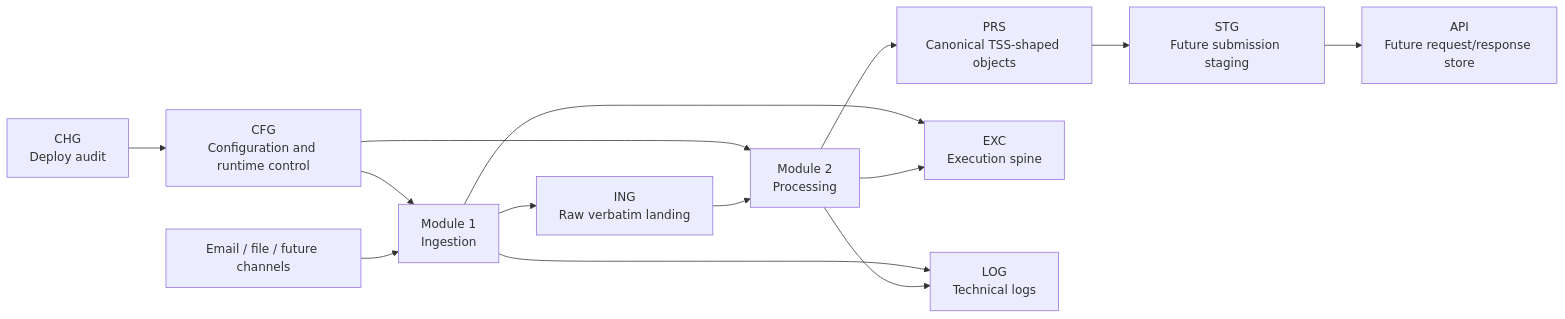
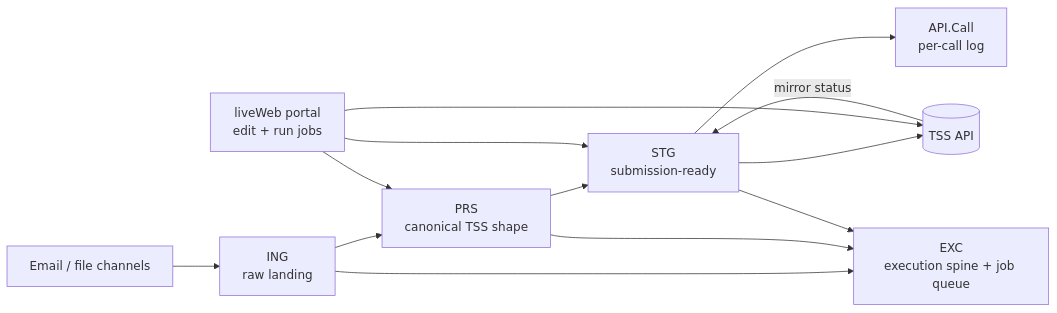
Before and after one commit to Synovia-Flow/Fusion_Flow_V3_QAS: the diagram in README.md, drawn with Mermaid. The commit also changed other lines of this file, not shown here.

First line of the commit message:
docs: rewrite root README for the full solution (liveWeb is the portal)

````diff
--- a/README.md
+++ b/README.md
@@ -46,23 +92,21 @@
 ```mermaid
 flowchart LR
-    CFG[CFG<br/>Configuration and runtime control]
-    CHG[CHG<br/>Deploy audit]
-    SRC[Email / file / future channels]
-    INGEST[Module 1<br/>Ingestion]
-    ING[ING<br/>Raw verbatim landing]
-    PROC[Module 2<br/>Processing]
-    PRS[PRS<br/>Canonical TSS-shaped objects]
-    STG[STG<br/>Future submission staging]
-    API[API<br/>Future request/response store]
-    EXC[EXC<br/>Execution spine]
-    LOG[LOG<br/>Technical logs]
+    PORTAL[liveWeb portal<br/>edit + run jobs]
+    SRC[Email / file channels]
+    ING[ING<br/>raw landing]
+    PRS[PRS<br/>canonical TSS shape]
+    STG[STG<br/>submission-ready]
+    TSS[(TSS API)]
+    APILOG[API.Call<br/>per-call log]
+    EXC[EXC<br/>execution spine + job queue]
 
-    CFG --> INGEST
-    CFG --> PROC
-    CHG --> CFG
-    SRC --> INGEST --> ING --> PROC --> PRS --> STG --> API
-    INGEST --> EXC
-    INGEST --> LOG
-    PROC --> EXC
-    PROC --> LOG
+    SRC --> ING --> PRS --> STG --> TSS
+    TSS -->|mirror status| STG
+    PORTAL --> PRS
+    PORTAL --> STG
+    PORTAL --> TSS
+    STG --> APILOG
+    ING --> EXC
+    PRS --> EXC
+    STG --> EXC
 ```
````
